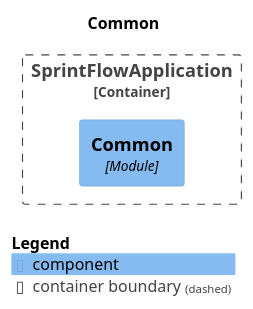
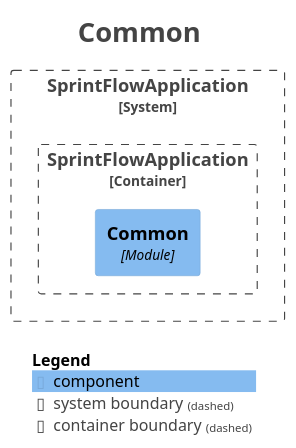
Before and after one commit to Mouaz7/sprintflow-insight: the diagram in docs/architecture/module-common.puml, drawn with PlantUML. The commit also changed 48 other files, not shown here.

```diff
--- a/docs/architecture/module-common.puml
+++ b/docs/architecture/module-common.puml
@@ -1,17 +1,27 @@
 @startuml
+title <size:24>Common</size>
+
 set separator none
-title Common
+top to bottom direction
 
-top to bottom direction
+<style>
+  root {
+    BackgroundColor: #ffffff
+    FontColor: #444444
+  }
+</style>
 
 !include <C4/C4>
 !include <C4/C4_Context>
 !include <C4/C4_Component>
 
-Container_Boundary("SprintFlowApplication.SprintFlowApplication_boundary", "SprintFlowApplication", $tags="") {
-  Component(SprintFlowApplication.SprintFlowApplication.Common, "Common", $techn="Module", $descr="", $tags="", $link="")
+System_Boundary("SprintFlowApplication_boundary", "SprintFlowApplication", $tags="") {
+  Container_Boundary("SprintFlowApplication.SprintFlowApplication_boundary", "SprintFlowApplication", $tags="") {
+    Component(SprintFlowApplication.SprintFlowApplication.Common, "Common", $techn="Module", $descr="", $tags="", $link="")
+  }
+
 }
 
-
 SHOW_LEGEND(true)
+hide stereotypes
 @enduml
```
